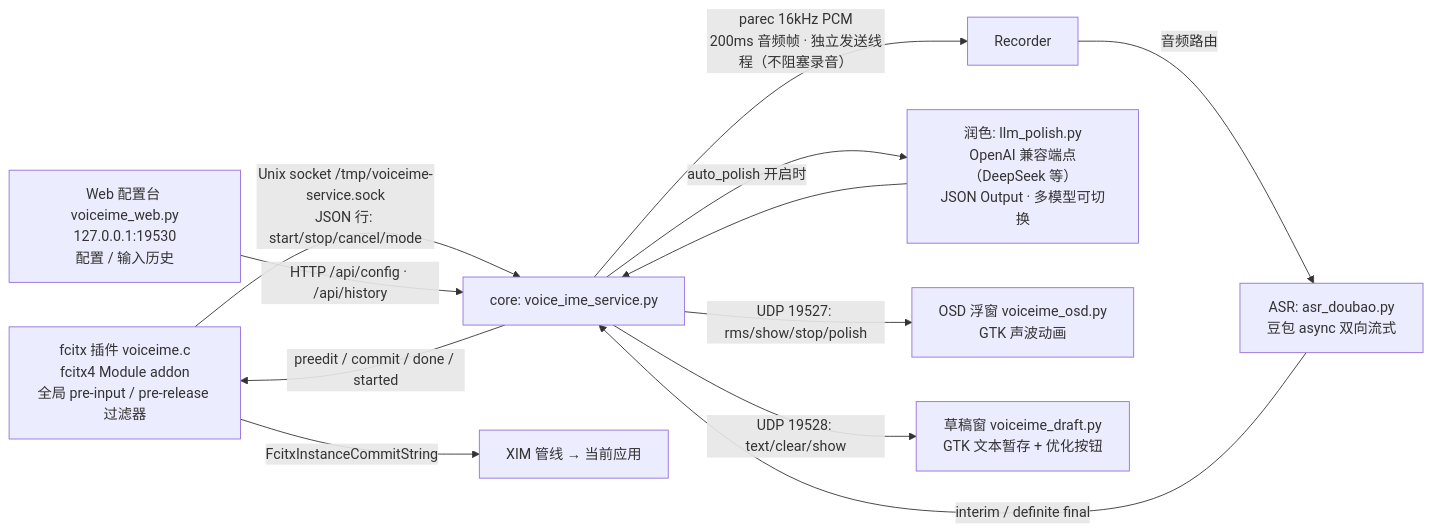
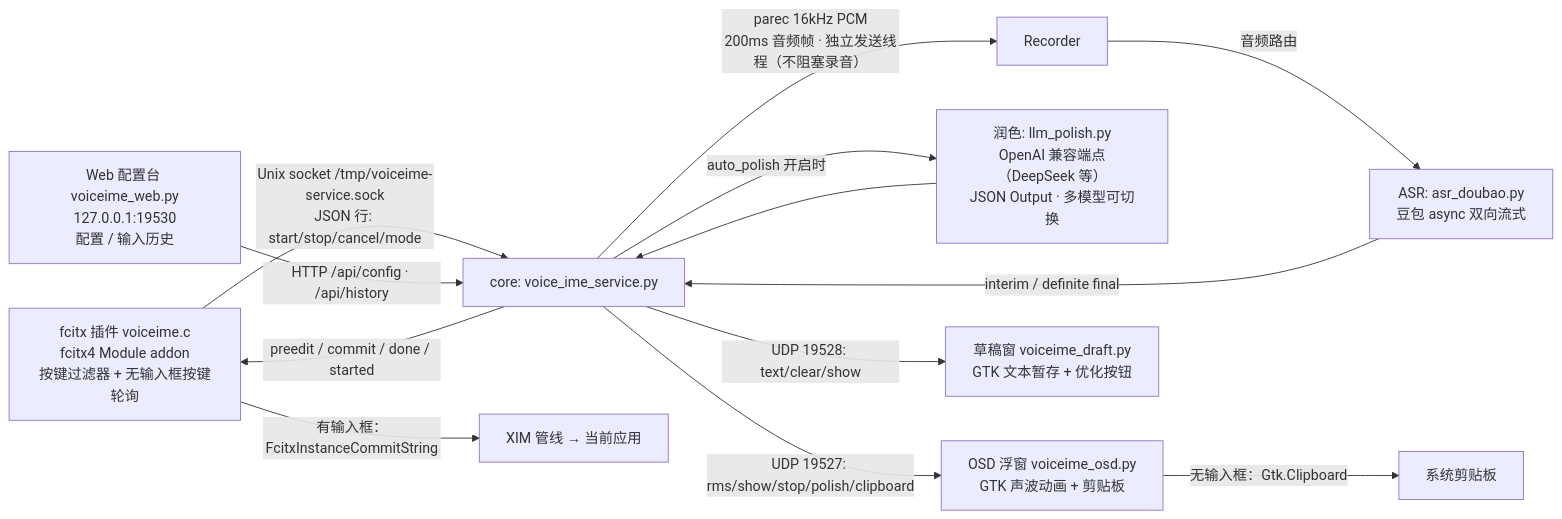
Before and after one commit to lzyyzznl/voice-ime: the first of 2 diagrams in README.md, drawn with Mermaid. The commit also changed other lines of this file and 5 other files, not shown here.

````diff
--- a/README.md
+++ b/README.md
@@ -15,14 +15,15 @@
 ```mermaid
 flowchart LR
-    E[fcitx 插件 voiceime.c<br/>fcitx4 Module addon<br/>全局 pre-input / pre-release 过滤器] -->|"Unix socket /tmp/voiceime-service.sock<br/>JSON 行: start/stop/cancel/mode"| S[core: voice_ime_service.py]
+    E[fcitx 插件 voiceime.c<br/>fcitx4 Module addon<br/>按键过滤器 + 无输入框按键轮询] -->|"Unix socket /tmp/voiceime-service.sock<br/>JSON 行: start/stop/cancel/mode"| S[core: voice_ime_service.py]
     S -->|"parec 16kHz PCM<br/>200ms 音频帧 · 独立发送线程（不阻塞录音）"| R[Recorder]
     R -->|"音频路由"| A[ASR: asr_doubao.py<br/>豆包 async 双向流式]
     A -->|"interim / definite final"| S
     S -->|"auto_polish 开启时"| L[润色: llm_polish.py<br/>OpenAI 兼容端点（DeepSeek 等）<br/>JSON Output · 多模型可切换]
     L --> S
     S -->|"preedit / commit / done / started"| E
-    S -->|"UDP 19527: rms/show/stop/polish"| O[OSD 浮窗 voiceime_osd.py<br/>GTK 声波动画]
+    S -->|"UDP 19527: rms/show/stop/polish/clipboard"| O[OSD 浮窗 voiceime_osd.py<br/>GTK 声波动画 + 剪贴板]
     S -->|"UDP 19528: text/clear/show"| D[草稿窗 voiceime_draft.py<br/>GTK 文本暂存 + 优化按钮]
     W[Web 配置台 voiceime_web.py<br/>127.0.0.1:19530<br/>配置 / 输入历史] -->|"HTTP /api/config · /api/history"| S
-    E -->|"FcitxInstanceCommitString"| X[XIM 管线 → 当前应用]
+    E -->|"有输入框：FcitxInstanceCommitString"| X[XIM 管线 → 当前应用]
+    O -->|"无输入框：Gtk.Clipboard"| C[系统剪贴板]
 ```
````
